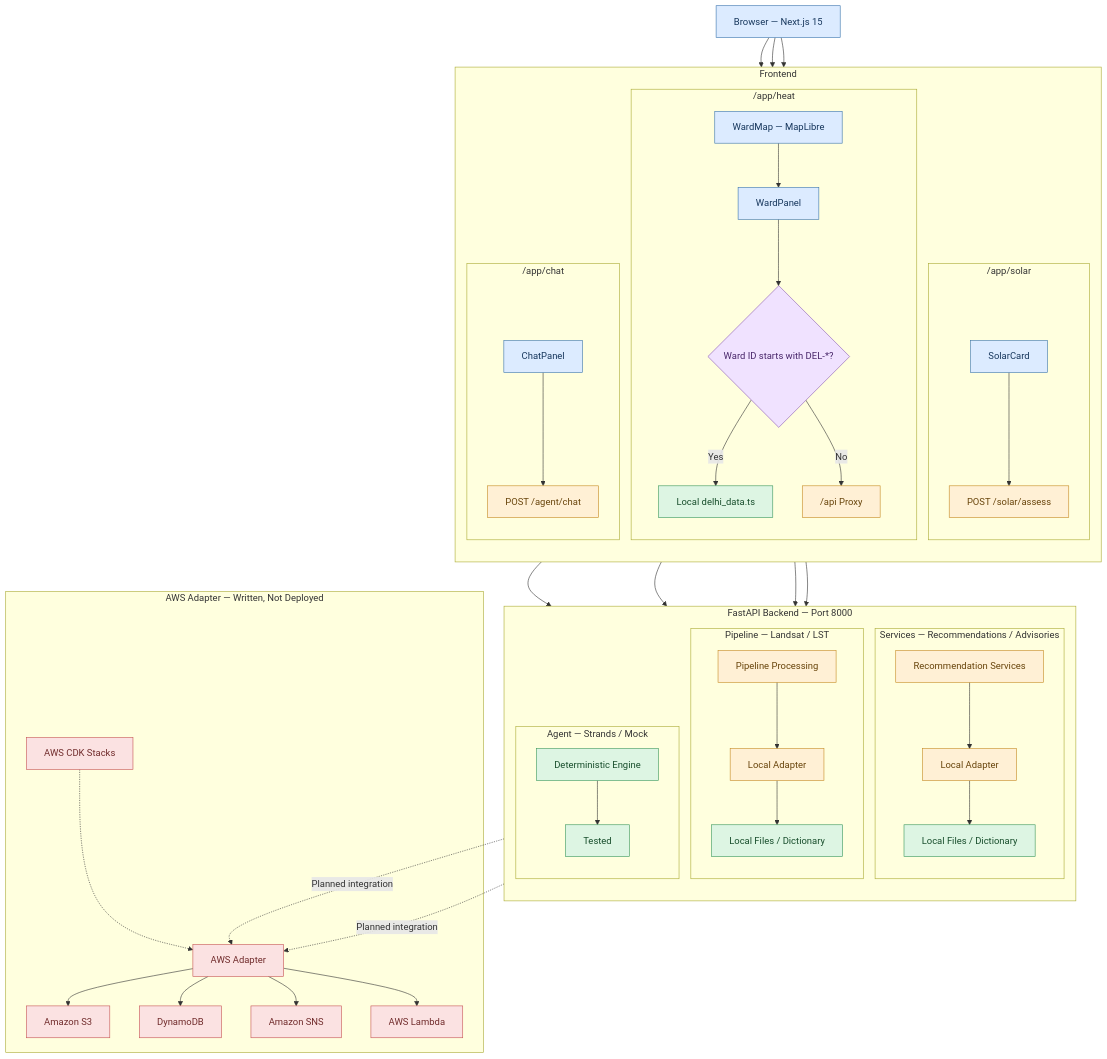
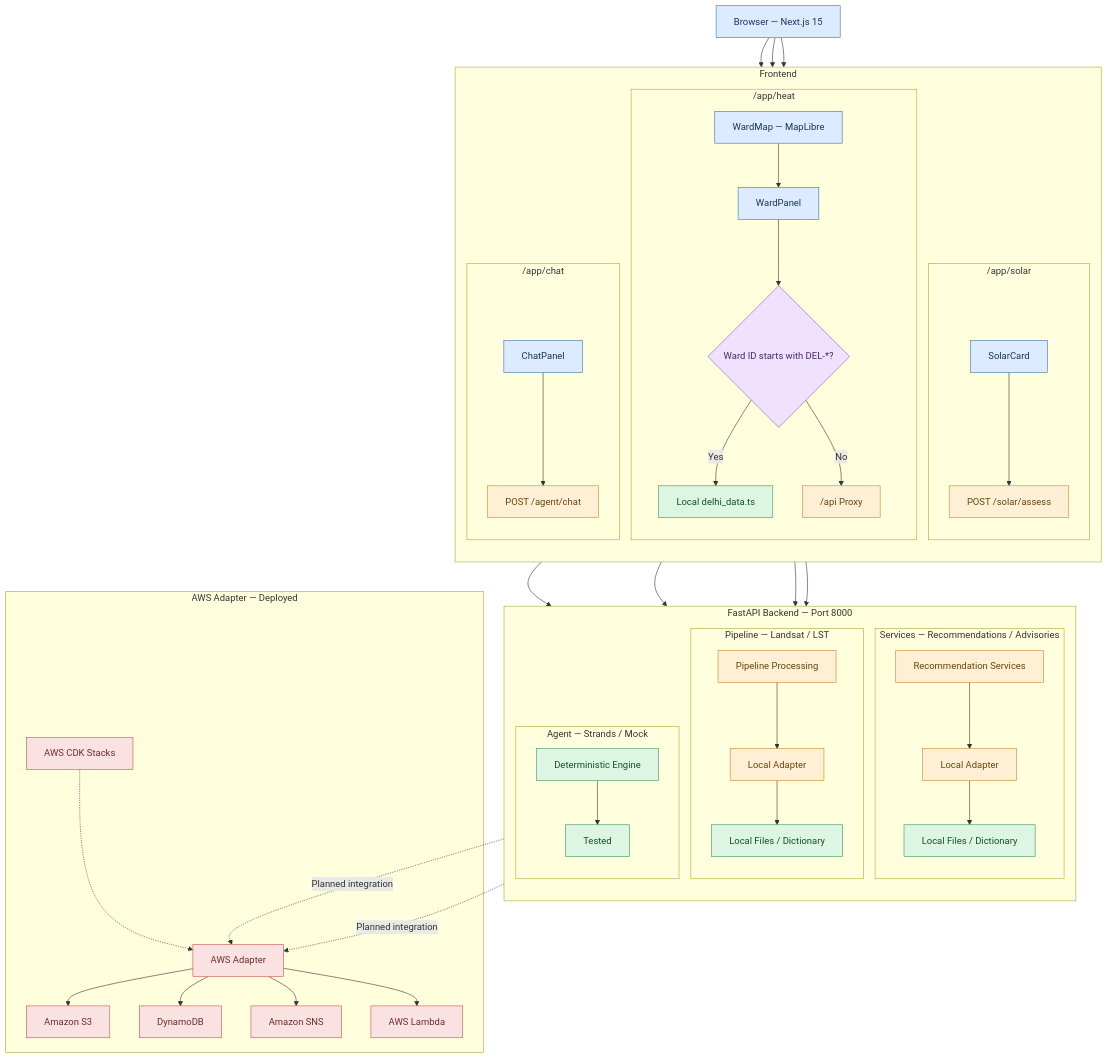
Before and after one commit to Vaatsal-source/HeatLens: the diagram in README.md, drawn with Mermaid. The commit also changed other lines of this file and 2 other files, not shown here.

```diff
--- a/README.md
+++ b/README.md
@@ -315,7 +315,7 @@
         end
     end
 
-    subgraph AWS["AWS Adapter — Written, Not Deployed"]
+    subgraph AWS["AWS Adapter — Deployed"]
         ADAPTER["AWS Adapter"]
         S3["Amazon S3"]
         DDB["DynamoDB"]
```
